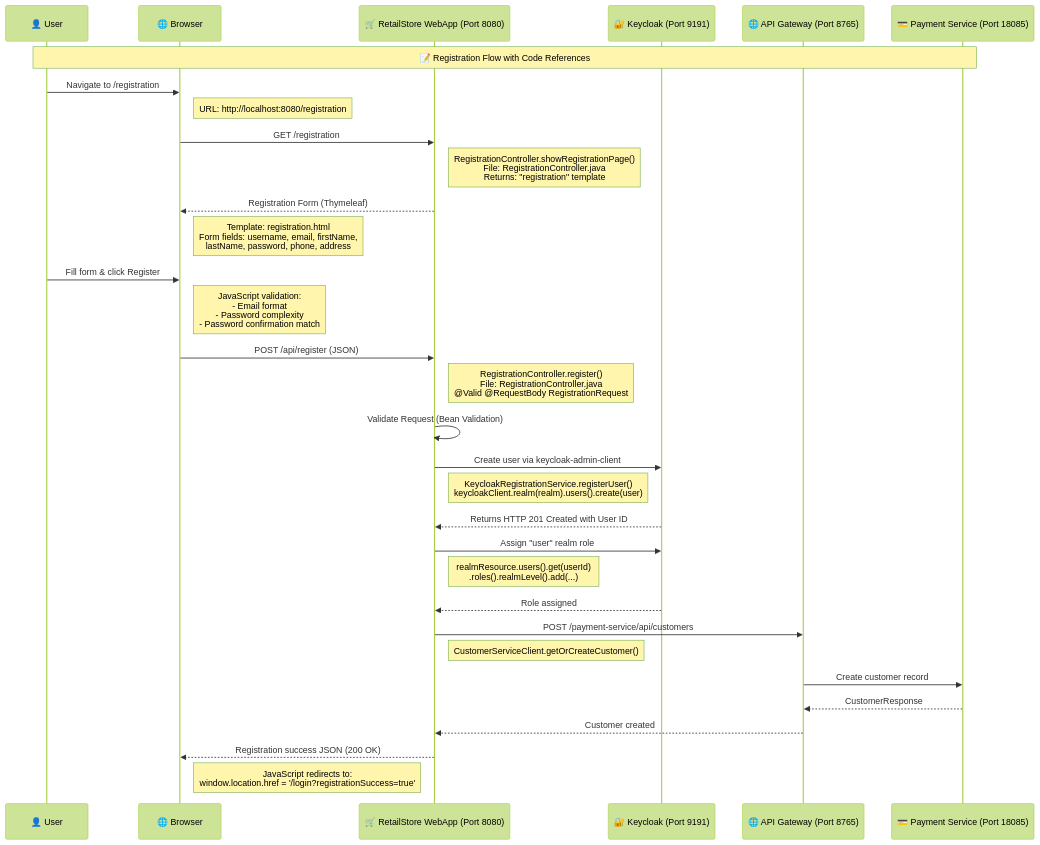
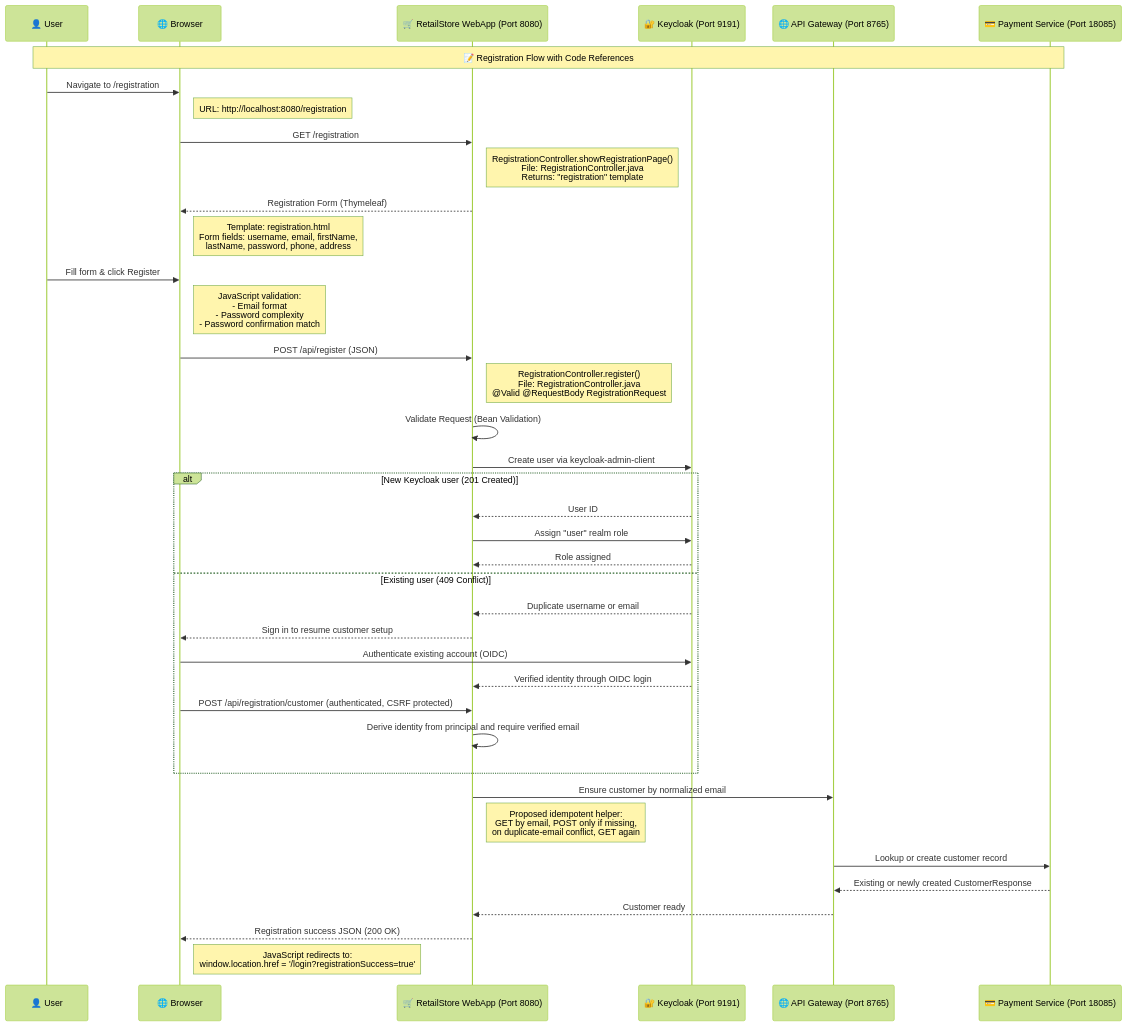
Before and after one commit to rajadilipkolli/spring-boot-microservices-series-v2: the first of 5 diagrams in retail-store-webapp/RetailStore-Authentication-Deep-Dive.md, drawn with Mermaid (forest theme). The commit also changed other lines of this file and 12 other files, not shown here.

````diff
--- a/retail-store-webapp/RetailStore-Authentication-Deep-Dive.md
+++ b/retail-store-webapp/RetailStore-Authentication-Deep-Dive.md
@@ -25,46 +29,51 @@
 ```mermaid
 sequenceDiagram
     participant User as 👤 User
     participant Browser as 🌐 Browser
     participant WebApp as 🛒 RetailStore WebApp (Port 8080)
     participant KC as 🔐 Keycloak (Port 9191)
     participant Gateway as 🌐 API Gateway (Port 8765)
     participant Payment as 💳 Payment Service (Port 18085)
 
     Note over User, Payment: 📝 Registration Flow with Code References
 
     User->>Browser: Navigate to /registration
     Note right of Browser: URL: http://localhost:8080/registration
     
     Browser->>WebApp: GET /registration
     Note right of WebApp: RegistrationController.showRegistrationPage()<br/>File: RegistrationController.java<br/>Returns: "registration" template
     
     WebApp-->>Browser: Registration Form (Thymeleaf)
     Note right of Browser: Template: registration.html<br/>Form fields: username, email, firstName,<br/>lastName, password, phone, address
     
     User->>Browser: Fill form & click Register
     Note right of Browser: JavaScript validation:<br/>- Email format<br/>- Password complexity<br/>- Password confirmation match
     
     Browser->>WebApp: POST /api/register (JSON)
     Note right of WebApp: RegistrationController.register()<br/>File: RegistrationController.java<br/>@Valid @RequestBody RegistrationRequest
     
     WebApp->>WebApp: Validate Request (Bean Validation)
     
     WebApp->>KC: Create user via keycloak-admin-client
-    Note right of WebApp: KeycloakRegistrationService.registerUser()<br/>keycloakClient.realm(realm).users().create(user)
-    KC-->>WebApp: Returns HTTP 201 Created with User ID
-    
-    WebApp->>KC: Assign "user" realm role
-    Note right of WebApp: realmResource.users().get(userId)<br/>.roles().realmLevel().add(...)
-    KC-->>WebApp: Role assigned
-    
-    WebApp->>Gateway: POST /payment-service/api/customers
-    Note right of WebApp: CustomerServiceClient.getOrCreateCustomer()
-    
-    Gateway->>Payment: Create customer record
-    Payment-->>Gateway: CustomerResponse
-    Gateway-->>WebApp: Customer created
-    
+    alt New Keycloak user (201 Created)
+        KC-->>WebApp: User ID
+        WebApp->>KC: Assign "user" realm role
+        KC-->>WebApp: Role assigned
+    else Existing user (409 Conflict)
+        KC-->>WebApp: Duplicate username or email
+        WebApp-->>Browser: Sign in to resume customer setup
+        Browser->>KC: Authenticate existing account (OIDC)
+        KC-->>WebApp: Verified identity through OIDC login
+        Browser->>WebApp: POST /api/registration/customer (authenticated, CSRF protected)
+        WebApp->>WebApp: Derive identity from principal and require verified email
+    end
+
+    WebApp->>Gateway: Ensure customer by normalized email
+    Note right of WebApp: Proposed idempotent helper:<br/>GET by email, POST only if missing,<br/>on duplicate-email conflict, GET again
+    Gateway->>Payment: Lookup or create customer record
+    Payment-->>Gateway: Existing or newly created CustomerResponse
+    Gateway-->>WebApp: Customer ready
+
     WebApp-->>Browser: Registration success JSON (200 OK)
     Note right of Browser: JavaScript redirects to:<br/>window.location.href = '/login?registrationSuccess=true'
 ```
````
